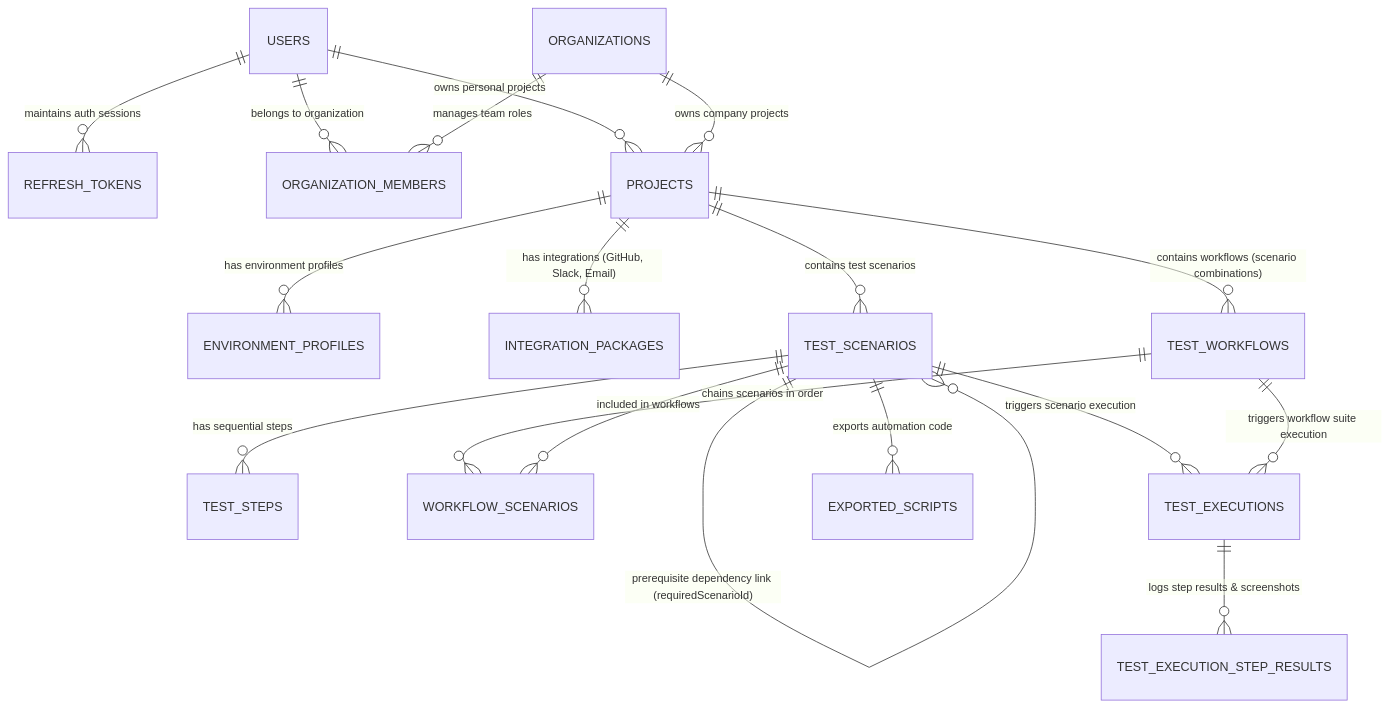
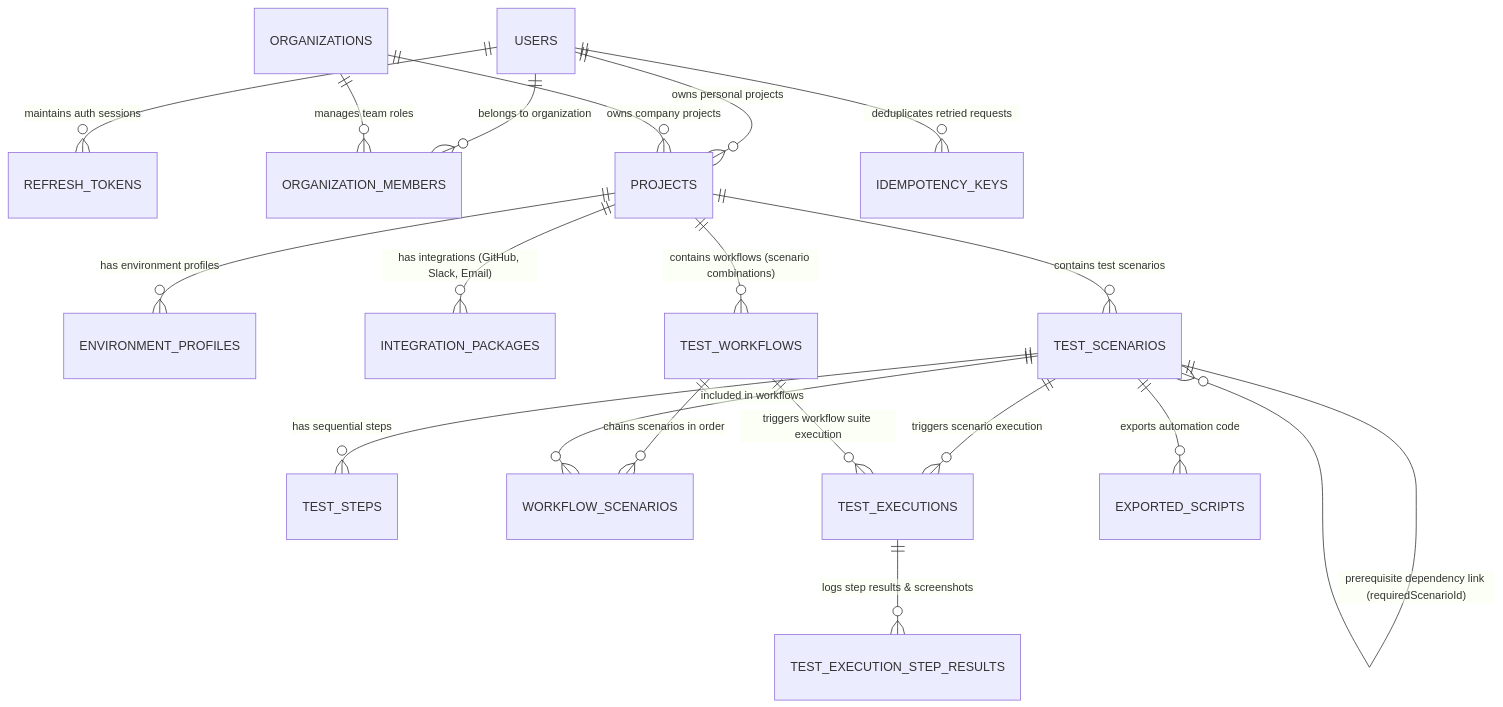
Before and after one commit to NightDevilPT/testlooms: the diagram in docs/DbSchema.md, drawn with Mermaid. The commit also changed other lines of this file and 29 other files, not shown here.

````diff
--- a/docs/DbSchema.md
+++ b/docs/DbSchema.md
@@ -29,25 +29,27 @@
 ```mermaid
 erDiagram
     USERS ||--o{ REFRESH_TOKENS : "maintains auth sessions"
     USERS ||--o{ ORGANIZATION_MEMBERS : "belongs to organization"
     USERS ||--o{ PROJECTS : "owns personal projects"
 
     ORGANIZATIONS ||--o{ ORGANIZATION_MEMBERS : "manages team roles"
     ORGANIZATIONS ||--o{ PROJECTS : "owns company projects"
 
     PROJECTS ||--o{ ENVIRONMENT_PROFILES : "has environment profiles"
     PROJECTS ||--o{ INTEGRATION_PACKAGES : "has integrations (GitHub, Slack, Email)"
     PROJECTS ||--o{ TEST_SCENARIOS : "contains test scenarios"
     PROJECTS ||--o{ TEST_WORKFLOWS : "contains workflows (scenario combinations)"
 
     TEST_SCENARIOS ||--o{ TEST_STEPS : "has sequential steps"
     TEST_SCENARIOS ||--o{ TEST_SCENARIOS : "prerequisite dependency link (requiredScenarioId)"
     TEST_WORKFLOWS ||--o{ WORKFLOW_SCENARIOS : "chains scenarios in order"
     TEST_SCENARIOS ||--o{ WORKFLOW_SCENARIOS : "included in workflows"
 
     TEST_SCENARIOS ||--o{ TEST_EXECUTIONS : "triggers scenario execution"
     TEST_WORKFLOWS ||--o{ TEST_EXECUTIONS : "triggers workflow suite execution"
 
     TEST_EXECUTIONS ||--o{ TEST_EXECUTION_STEP_RESULTS : "logs step results & screenshots"
     TEST_SCENARIOS ||--o{ EXPORTED_SCRIPTS : "exports automation code"
+
+    USERS ||--o{ IDEMPOTENCY_KEYS : "deduplicates retried requests"
 ```
````
